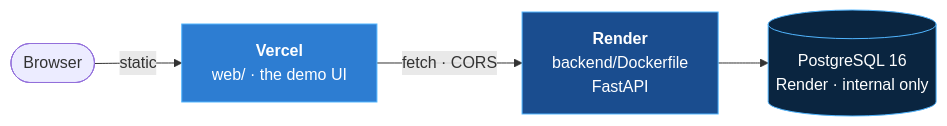
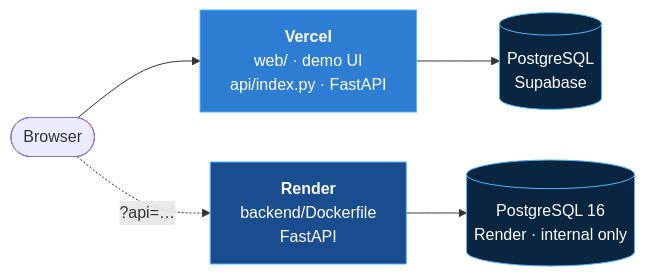
One commit to rakibhassanrh66/Airport-Entrance-Management-System changed the first of 5 diagrams in README.md. Above: the diagram before and after it, drawn with Mermaid. The commit also changed other lines of this file and 12 other files, not shown here.

````diff
--- a/README.md
+++ b/README.md
@@ -86,10 +87,13 @@
 ```mermaid
 flowchart LR
-    U(["Browser"]) -->|"static"| V["<b>Vercel</b><br/>web/ · the demo UI"]
-    V -->|"fetch · CORS"| R["<b>Render</b><br/>backend/Dockerfile<br/>FastAPI"]
+    U(["Browser"]) --> V["<b>Vercel</b><br/>web/ · demo UI<br/>api/index.py · FastAPI"]
+    V --> S[("PostgreSQL<br/>Supabase")]
+
+    U -.->|"?api=…"| R["<b>Render</b><br/>backend/Dockerfile<br/>FastAPI"]
     R --> P[("PostgreSQL 16<br/>Render · internal only")]
 
     style V fill:#2d7dd2,stroke:#52b6ff,color:#fff
     style R fill:#1a4d8f,stroke:#52b6ff,color:#fff
     style P fill:#0a2540,stroke:#52b6ff,color:#fff
+    style S fill:#0a2540,stroke:#52b6ff,color:#fff
 ```
````
